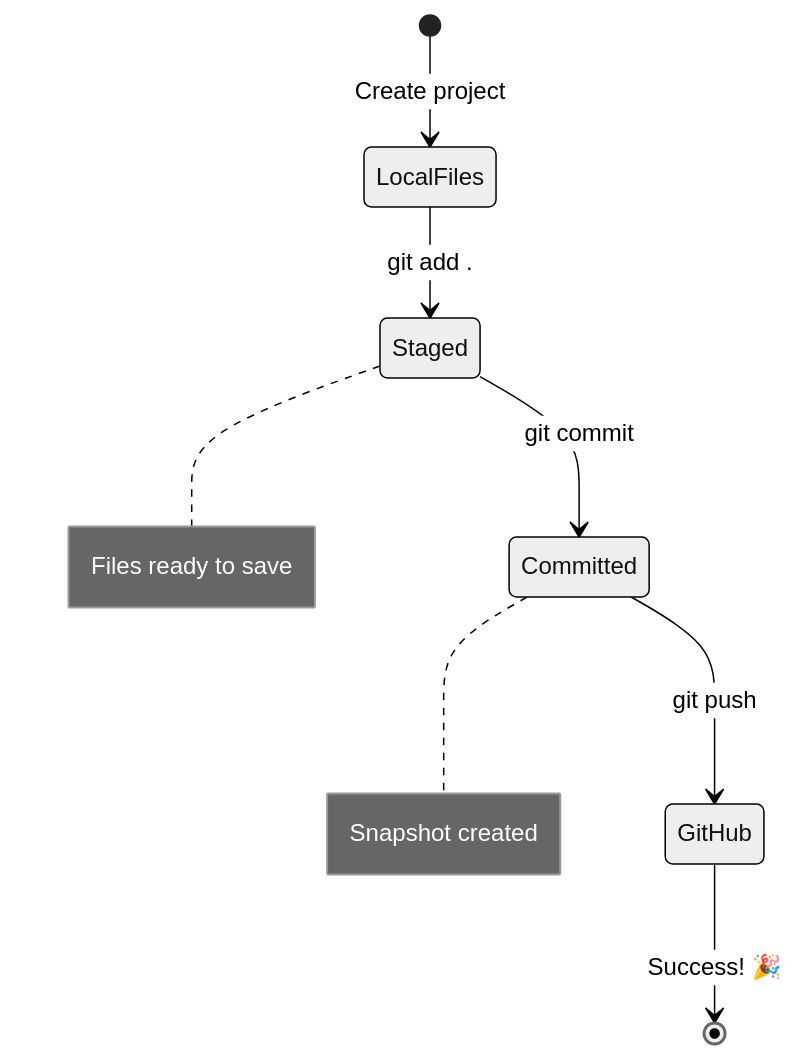
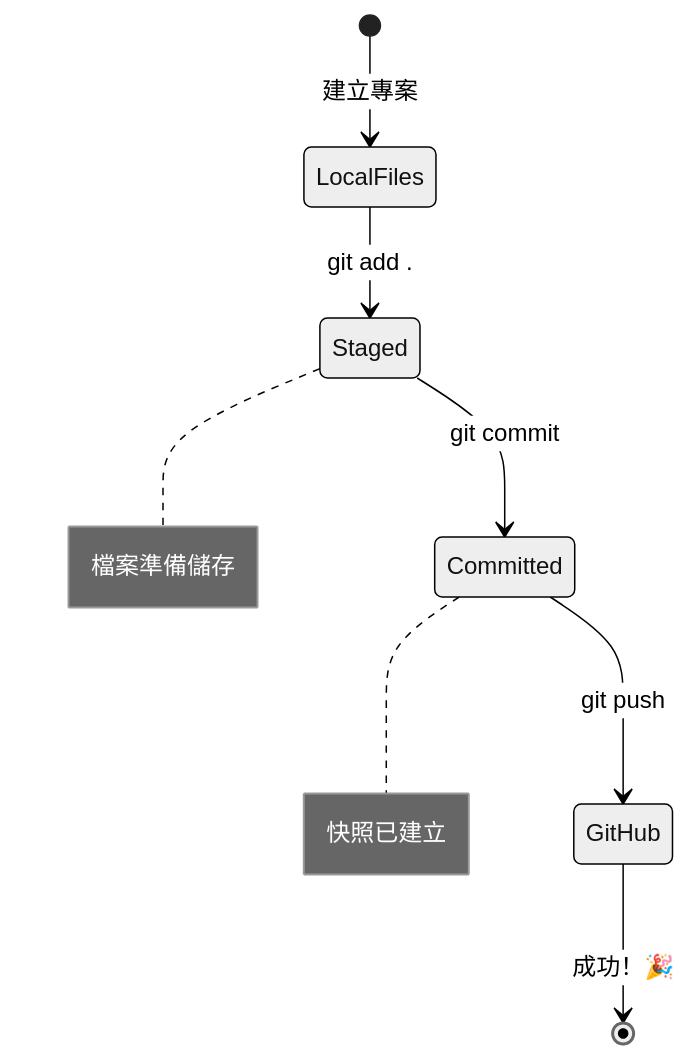
The third of 7 diagrams in translations/mo/1-getting-started-lessons/2-github-basics/README.md (microsoft/Web-Dev-For-Beginners), drawn with Mermaid (neutral theme) before and after one commit. The commit also changed other lines of this file and 17 other files, not shown here.

````diff
--- a/translations/mo/1-getting-started-lessons/2-github-basics/README.md
+++ b/translations/mo/1-getting-started-lessons/2-github-basics/README.md
@@ -339,16 +338,16 @@
 ```mermaid
 stateDiagram-v2
-    [*] --> LocalFiles: Create project
+    [*] --> LocalFiles: 建立專案
     LocalFiles --> Staged: git add .
     Staged --> Committed: git commit
     Committed --> GitHub: git push
-    GitHub --> [*]: Success! 🎉
+    GitHub --> [*]: 成功！🎉
     
     note right of Staged
-        Files ready to save
+        檔案準備儲存
     end note
     
     note right of Committed
-        Snapshot created
+        快照已建立
     end note
 ```
````
